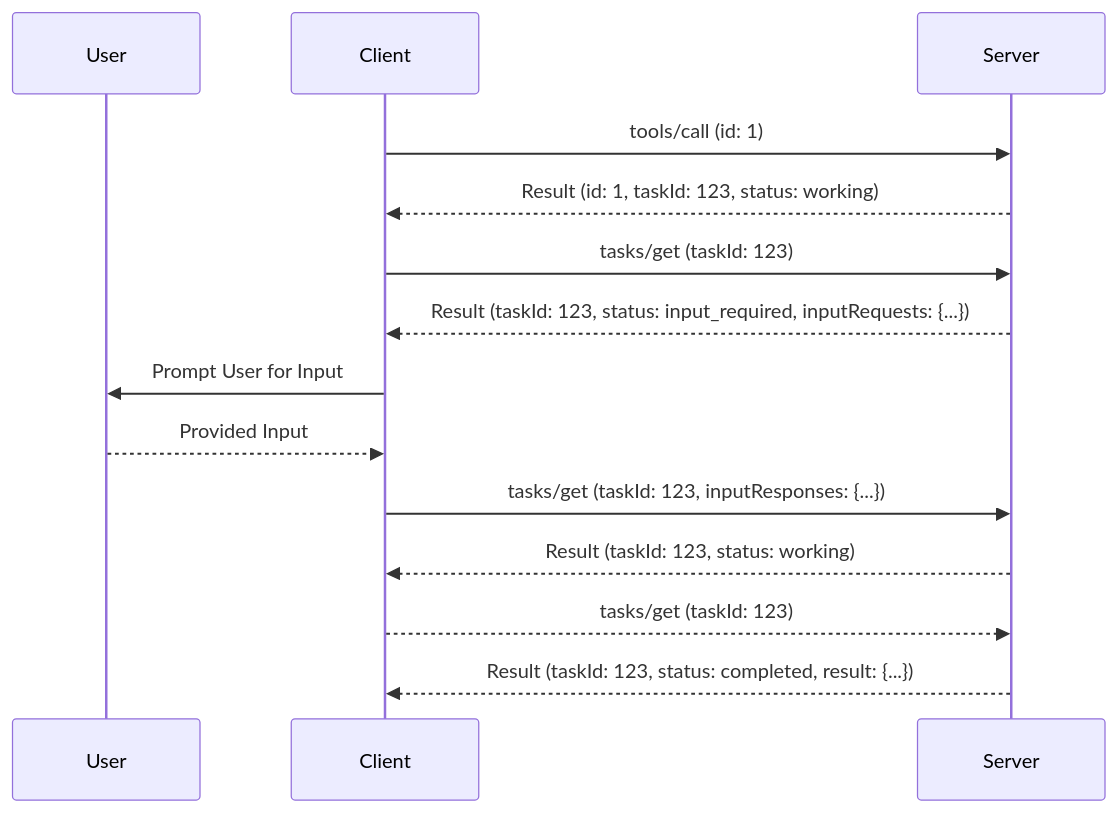
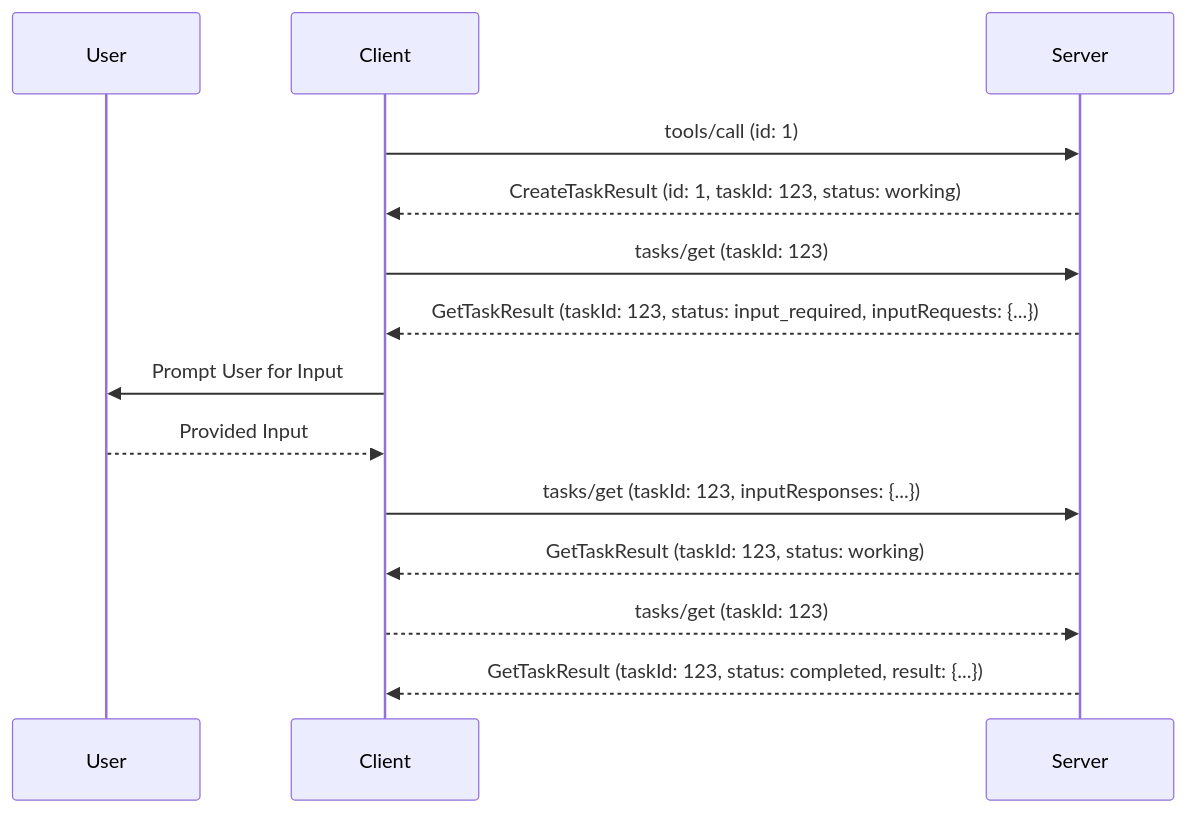
The diagram in docs/seps/2557-tasks-stabilization.mdx (modelcontextprotocol/modelcontextprotocol), drawn with Mermaid before and after one commit. The commit also changed other lines of this file and 1 other file, not shown here.

````diff
--- a/docs/seps/2557-tasks-stabilization.mdx
+++ b/docs/seps/2557-tasks-stabilization.mdx
@@ -183,18 +206,16 @@
 ```mermaid
 sequenceDiagram
   participant U as User
   participant C as Client
   participant S as Server
   C->>S: tools/call (id: 1)
-  S-->>C: Result (id: 1, taskId: 123, status: working)
+  S-->>C: CreateTaskResult (id: 1, taskId: 123, status: working)
   C->>S: tasks/get (taskId: 123)
-  S-->>C: Result (taskId: 123, status: input_required, inputRequests: {...})
+  S-->>C: GetTaskResult (taskId: 123, status: input_required, inputRequests: {...})
   C->>U: Prompt User for Input
   U-->>C: Provided Input
   C->>S: tasks/get (taskId: 123, inputResponses: {...})
-  S-->>C: Result (taskId: 123, status: working)
+  S-->>C: GetTaskResult (taskId: 123, status: working)
   C-->>S: tasks/get (taskId: 123)
-  S-->>C: Result (taskId: 123, status: completed, result: {...})
-
-
+  S-->>C: GetTaskResult (taskId: 123, status: completed, result: {...})
 ```
````
